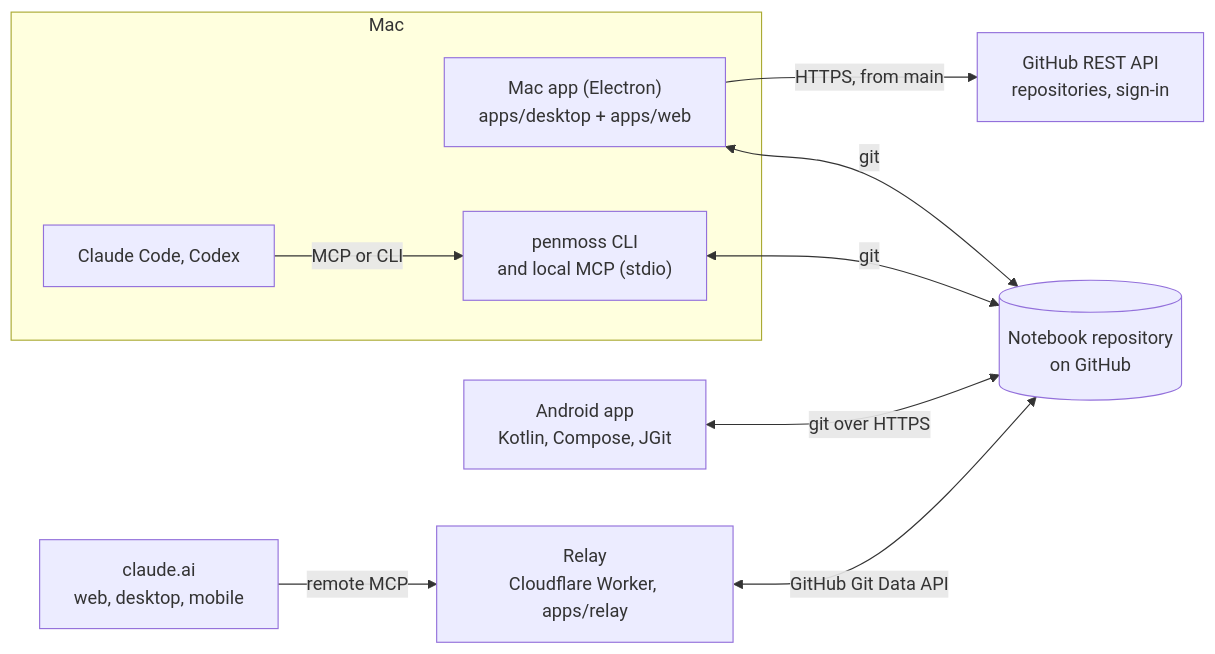
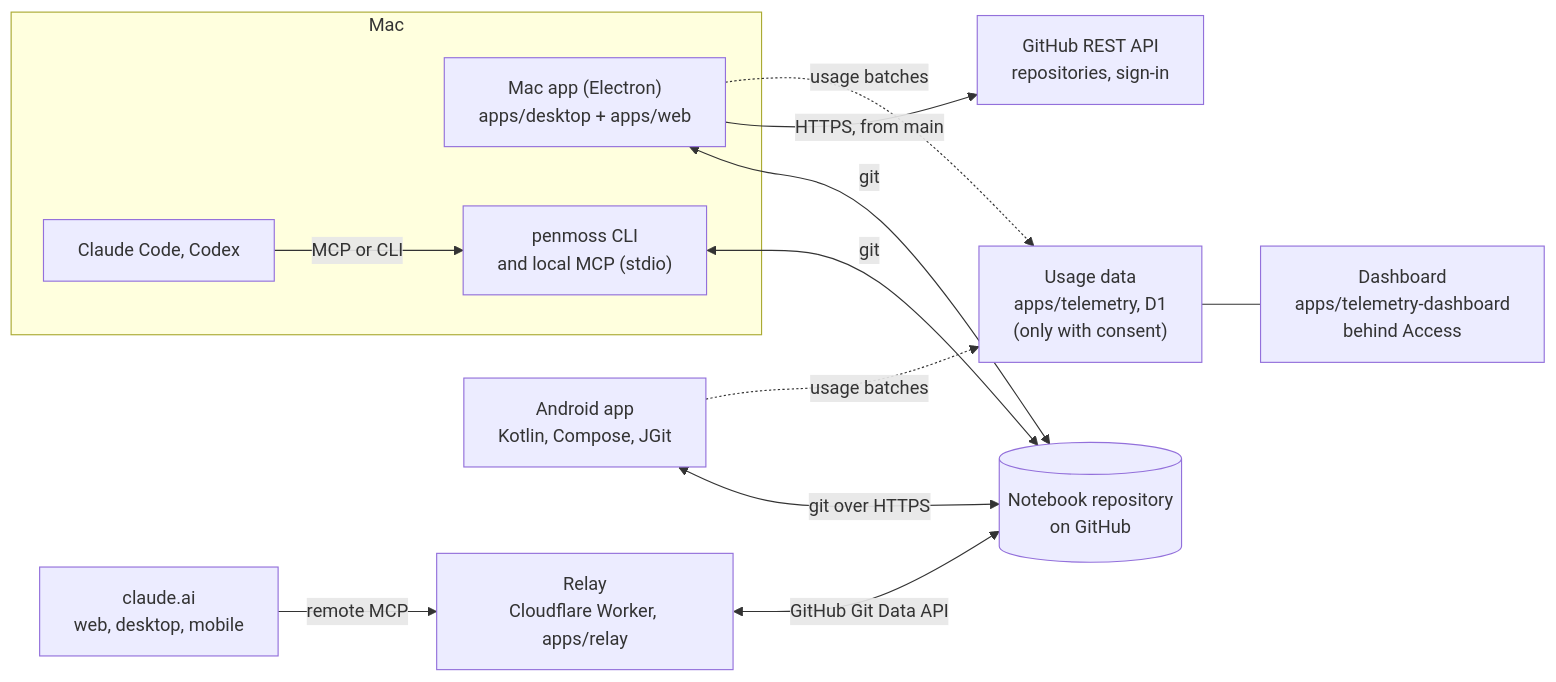
One commit to htxryan/penmoss changed the diagram in docs/architecture.md. Above: the diagram before and after it, drawn with Mermaid. The commit also changed other lines of this file and 535 other files, not shown here.

First line of the commit message:
Usage analytics on your device, shared only if you agree (#238)

````diff
--- a/docs/architecture.md
+++ b/docs/architecture.md
@@ -47,21 +47,26 @@
 ```mermaid
 flowchart LR
   subgraph Mac
     App["Mac app (Electron)<br/>apps/desktop + apps/web"]
     CLI["penmoss CLI<br/>and local MCP (stdio)"]
     Agents["Claude Code, Codex"]
   end
   Android["Android app<br/>Kotlin, Compose, JGit"]
   Relay["Relay<br/>Cloudflare Worker, apps/relay"]
+  Telemetry["Usage data<br/>apps/telemetry, D1<br/>(only with consent)"]
+  Stats["Dashboard<br/>apps/telemetry-dashboard<br/>behind Access"]
   Claude["claude.ai<br/>web, desktop, mobile"]
   Repo[("Notebook repository<br/>on GitHub")]
   GitHubAPI["GitHub REST API<br/>repositories, sign-in"]
 
   App <-->|git| Repo
   App -->|HTTPS, from main| GitHubAPI
   CLI <-->|git| Repo
   Agents -->|MCP or CLI| CLI
   Android <-->|git over HTTPS| Repo
   Claude -->|remote MCP| Relay
   Relay <-->|GitHub Git Data API| Repo
+  App -.->|usage batches| Telemetry
+  Android -.->|usage batches| Telemetry
+  Telemetry --- Stats
 ```
````
